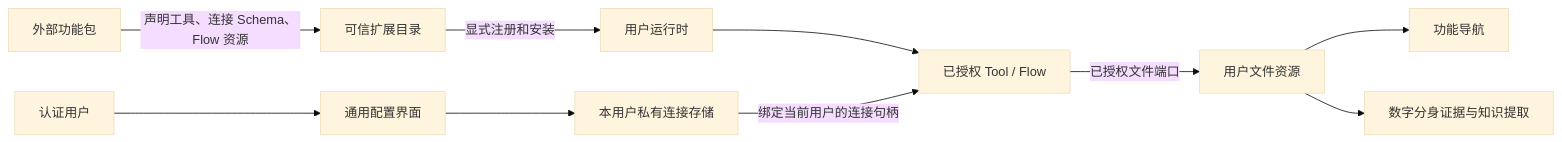
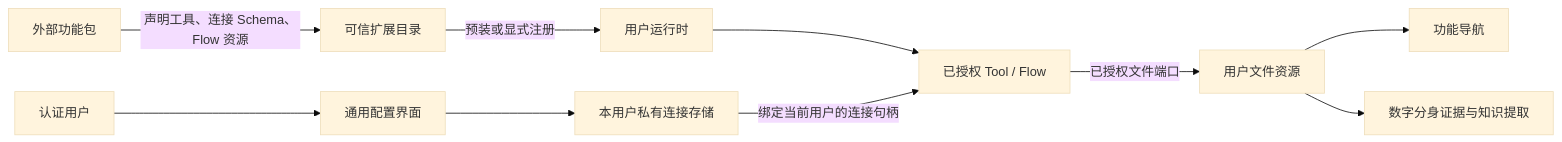
One commit to mushuanli/NestOS changed the diagram in doc/design/function-extensions.md. Above: the diagram before and after it, drawn with Mermaid (base theme). The commit also changed other lines of this file and 203 other files, not shown here.

````diff
--- a/doc/design/function-extensions.md
+++ b/doc/design/function-extensions.md
@@ -24,12 +29,12 @@
 ```mermaid
 flowchart LR
     Package[外部功能包] -->|声明工具、连接 Schema、Flow 资源| Registry[可信扩展目录]
-    Registry -->|显式注册和安装| Runtime[用户运行时]
+    Registry -->|预装或显式注册| Runtime[用户运行时]
     User[认证用户] --> Config[通用配置界面]
     Config --> Vault[本用户私有连接存储]
     Runtime --> Tool[已授权 Tool / Flow]
     Vault -->|绑定当前用户的连接句柄| Tool
     Tool -->|已授权文件端口| Files[用户文件资源]
     Files --> Navigation[功能导航]
     Files --> Twin[数字分身证据与知识提取]
 ```
````
